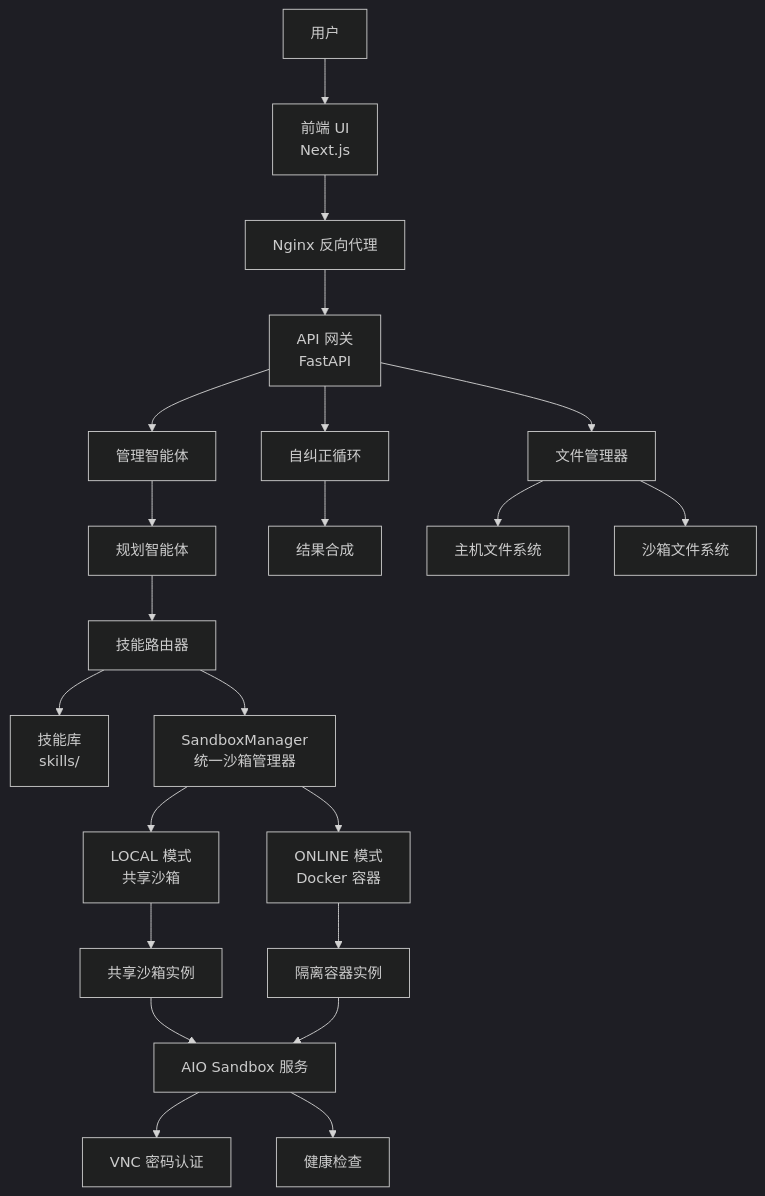
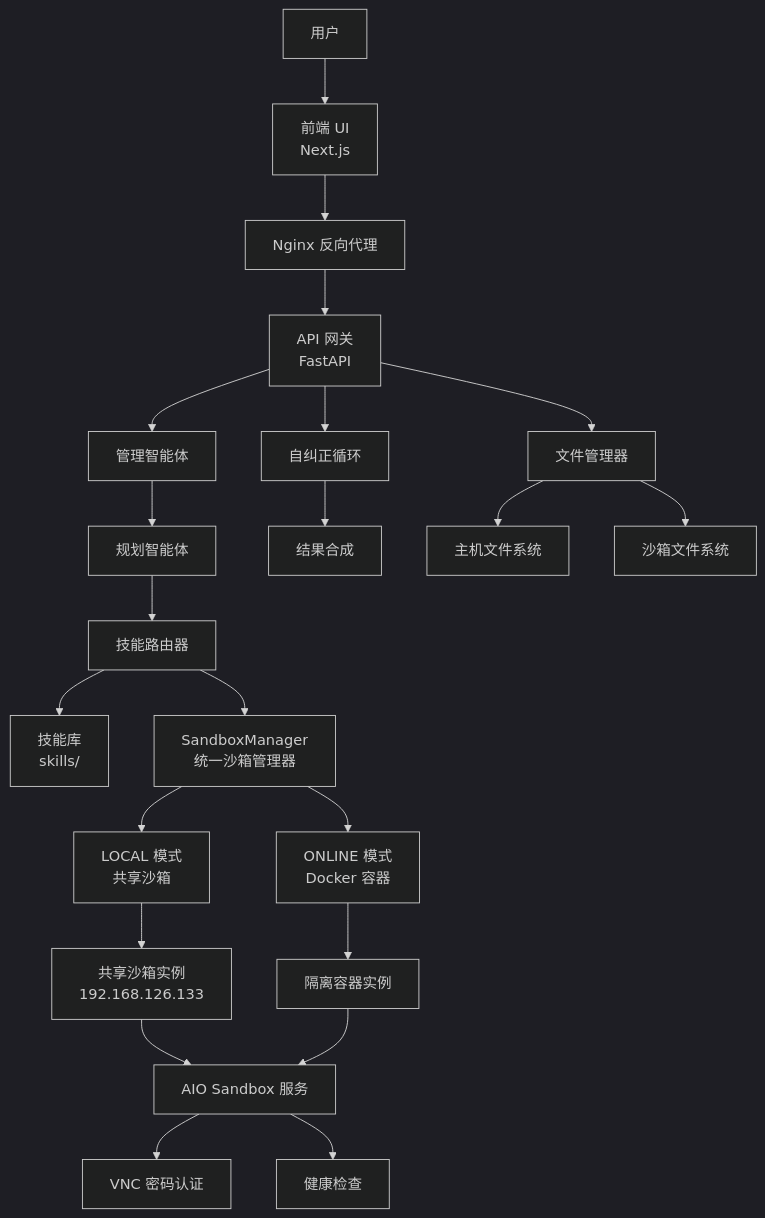
One commit to zhangdahai112/LocalManus changed the second of 9 diagrams in .qoder/repowiki/zh/content/系统架构设计/Firecracker 沙箱执行架构/Firecracker 沙箱执行架构.md. Above: the diagram before and after it, drawn with Mermaid (dark theme). The commit also changed other lines of this file and 11 other files, not shown here.

````diff
--- a/.qoder/repowiki/zh/content/系统架构设计/Firecracker 沙箱执行架构/Firecracker 沙箱执行架构.md
+++ b/.qoder/repowiki/zh/content/系统架构设计/Firecracker 沙箱执行架构/Firecracker 沙箱执行架构.md
@@ -181,24 +181,24 @@
 ```mermaid
 graph TB
 User["用户"] --> FE["前端 UI<br/>Next.js"]
 FE --> NGINX["Nginx 反向代理"]
 NGINX --> API["API 网关<br/>FastAPI"]
 API --> Manager["管理智能体"]
 Manager --> Planner["规划智能体"]
 Planner --> Router["技能路由器"]
 Router --> SkillLib["技能库<br/>skills/"]
 Router --> SBMgr["SandboxManager<br/>统一沙箱管理器"]
 SBMgr --> LocalMode["LOCAL 模式<br/>共享沙箱"]
 SBMgr --> OnlineMode["ONLINE 模式<br/>Docker 容器"]
-LocalMode --> SharedSandbox["共享沙箱实例"]
+LocalMode --> SharedSandbox["共享沙箱实例<br/>192.168.126.133"]
 OnlineMode --> IsolatedContainer["隔离容器实例"]
 SharedSandbox --> SANDBOX["AIO Sandbox 服务"]
 IsolatedContainer --> SANDBOX
 SANDBOX --> VNC["VNC 密码认证"]
 SANDBOX --> Health["健康检查"]
 API --> Feedback["自纠正循环"]
 Feedback --> Finalizer["结果合成"]
 API --> FileManager["文件管理器"]
 FileManager --> HostFS["主机文件系统"]
 FileManager --> SandboxFS["沙箱文件系统"]
 ```
````
